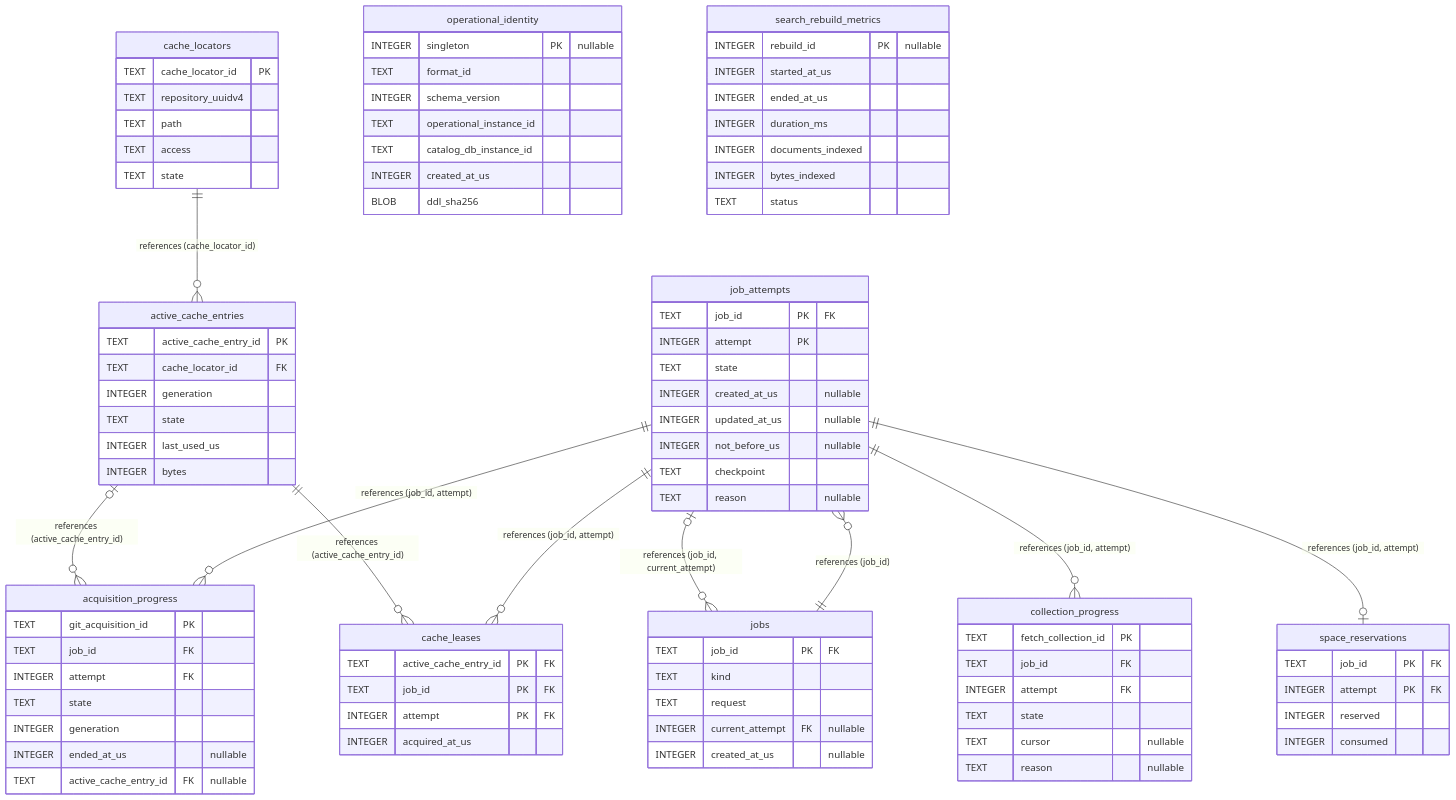
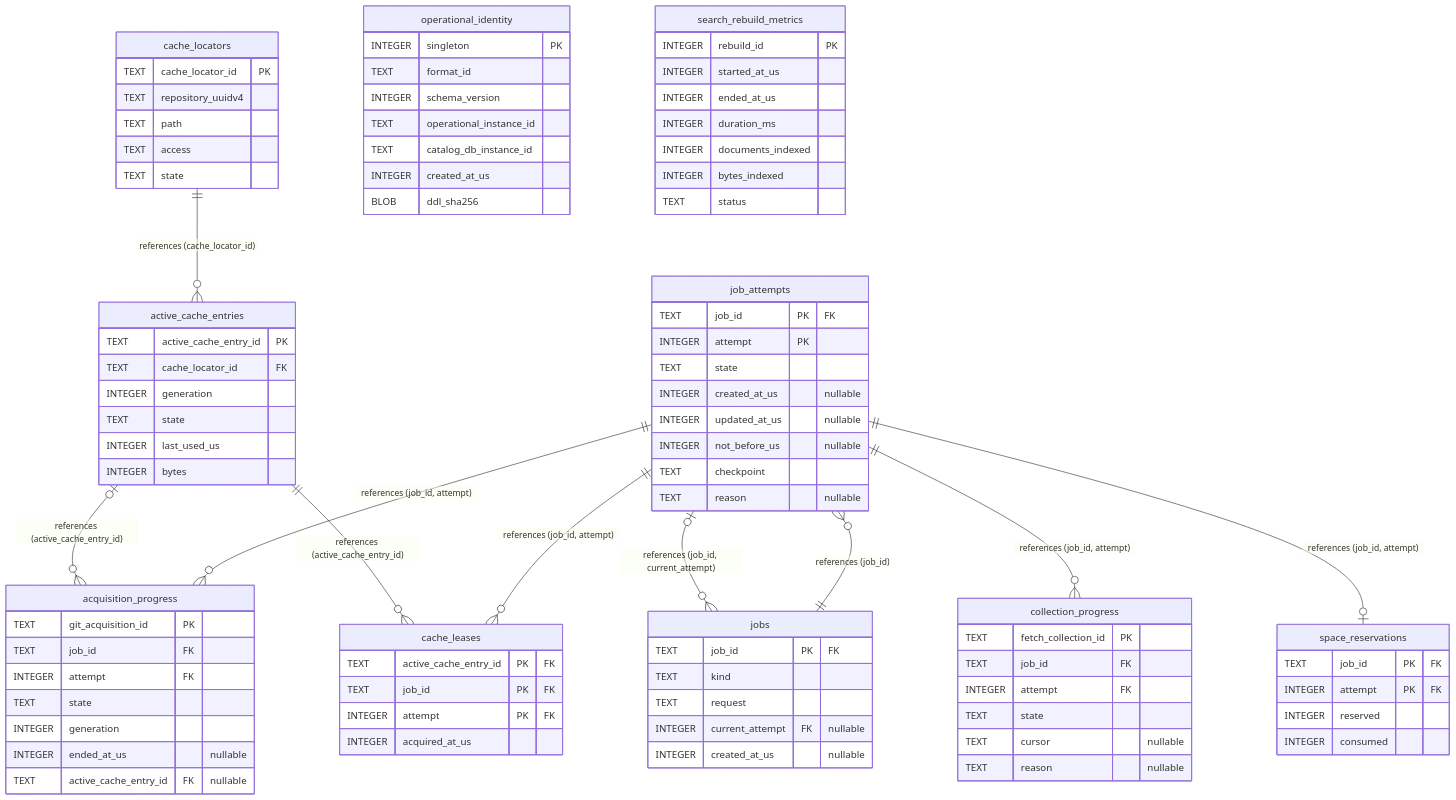
The diagram in docs/schema/mermaid/operational.md (TakashiSasaki/git-repo-db), drawn with Mermaid before and after one commit. The commit also changed 17 other files, not shown here.

First line of the commit message:
fix(schema): resolve generated columns, unique constraints, and mermaid cardinality defects (C1-C5)

````diff
--- a/docs/schema/mermaid/operational.md
+++ b/docs/schema/mermaid/operational.md
@@ -76,7 +76,7 @@
     }
 
     operational_identity {
-        INTEGER singleton PK "nullable"
+        INTEGER singleton PK
         TEXT format_id
         INTEGER schema_version
         TEXT operational_instance_id
@@ -86,7 +86,7 @@
     }
 
     search_rebuild_metrics {
-        INTEGER rebuild_id PK "nullable"
+        INTEGER rebuild_id PK
         INTEGER started_at_us
         INTEGER ended_at_us
         INTEGER duration_ms
@@ -109,6 +109,6 @@
     job_attempts ||--o{ acquisition_progress : "references (job_id, attempt)"
     job_attempts ||--o{ cache_leases : "references (job_id, attempt)"
     job_attempts ||--o{ collection_progress : "references (job_id, attempt)"
-    job_attempts ||--|o space_reservations : "references (job_id, attempt)"
+    job_attempts ||--o| space_reservations : "references (job_id, attempt)"
     jobs ||--o{ job_attempts : "references (job_id)"
 ```
````
